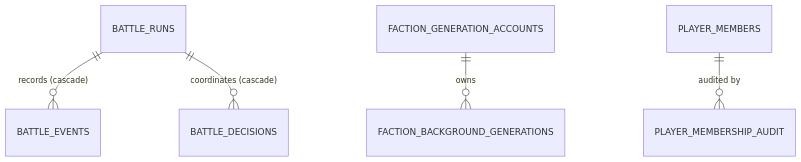
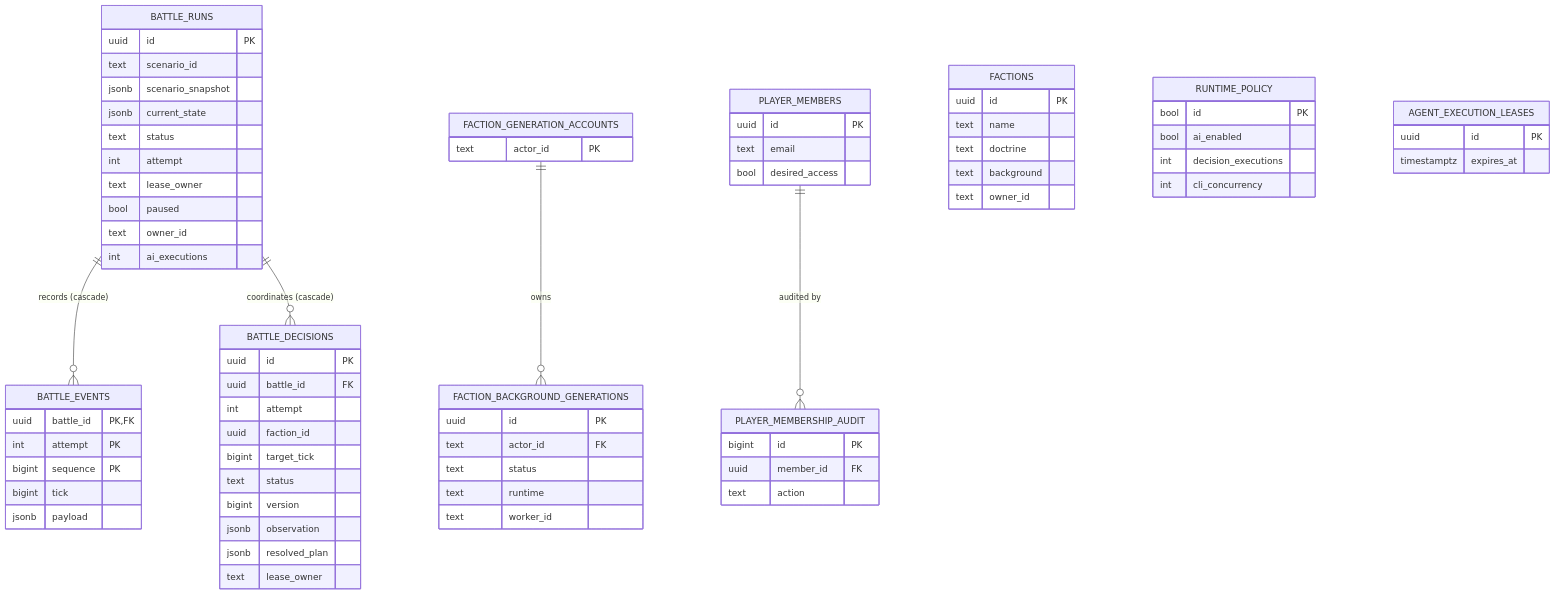
One commit to twhAuto/autonomous_battlefield changed the diagram in docs/architecture/database.md. Above: the diagram before and after it, drawn with Mermaid. The commit also changed other lines of this file, not shown here.

Commit message:
AB-144: restore the full database ER diagram
The owner wants every table in the diagram, not only the related ones.

````diff
--- a/docs/architecture/database.md
+++ b/docs/architecture/database.md
@@ -67,7 +67,76 @@
 ```mermaid
 erDiagram
     BATTLE_RUNS ||--o{ BATTLE_EVENTS : "records (cascade)"
     BATTLE_RUNS ||--o{ BATTLE_DECISIONS : "coordinates (cascade)"
-    FACTION_GENERATION_ACCOUNTS ||--o{ FACTION_BACKGROUND_GENERATIONS : owns
+    FACTION_GENERATION_ACCOUNTS ||--o{ FACTION_BACKGROUND_GENERATIONS : "owns"
     PLAYER_MEMBERS ||--o{ PLAYER_MEMBERSHIP_AUDIT : "audited by"
+
+    FACTIONS {
+        uuid id PK
+        text name
+        text doctrine
+        text background
+        text owner_id
+    }
+    BATTLE_RUNS {
+        uuid id PK
+        text scenario_id
+        jsonb scenario_snapshot
+        jsonb current_state
+        text status
+        int attempt
+        text lease_owner
+        bool paused
+        text owner_id
+        int ai_executions
+    }
+    BATTLE_EVENTS {
+        uuid battle_id PK,FK
+        int attempt PK
+        bigint sequence PK
+        bigint tick
+        jsonb payload
+    }
+    BATTLE_DECISIONS {
+        uuid id PK
+        uuid battle_id FK
+        int attempt
+        uuid faction_id
+        bigint target_tick
+        text status
+        bigint version
+        jsonb observation
+        jsonb resolved_plan
+        text lease_owner
+    }
+    FACTION_GENERATION_ACCOUNTS {
+        text actor_id PK
+    }
+    FACTION_BACKGROUND_GENERATIONS {
+        uuid id PK
+        text actor_id FK
+        text status
+        text runtime
+        text worker_id
+    }
+    PLAYER_MEMBERS {
+        uuid id PK
+        text email
+        bool desired_access
+    }
+    PLAYER_MEMBERSHIP_AUDIT {
+        bigint id PK
+        uuid member_id FK
+        text action
+    }
+    RUNTIME_POLICY {
+        bool id PK
+        bool ai_enabled
+        int decision_executions
+        int cli_concurrency
+    }
+    AGENT_EXECUTION_LEASES {
+        uuid id PK
+        timestamptz expires_at
+    }
 ```
````
